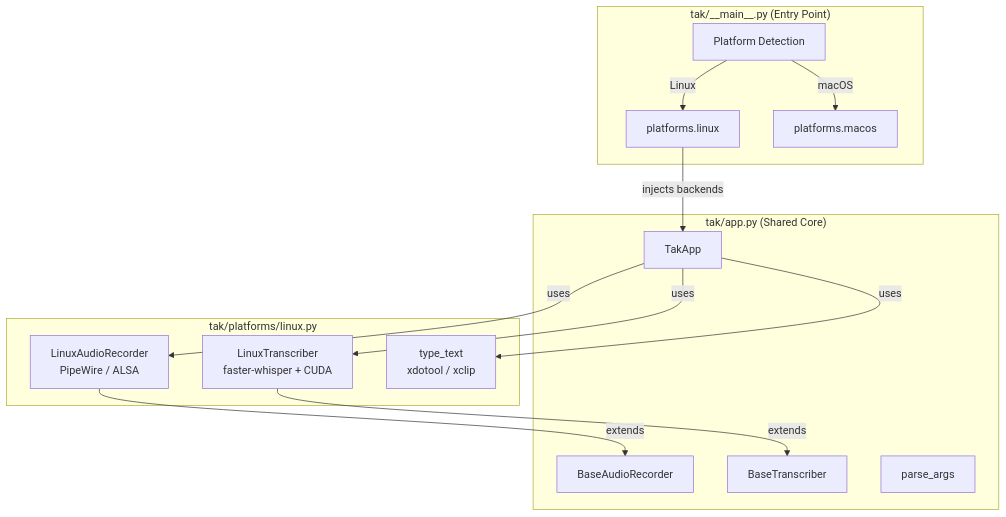
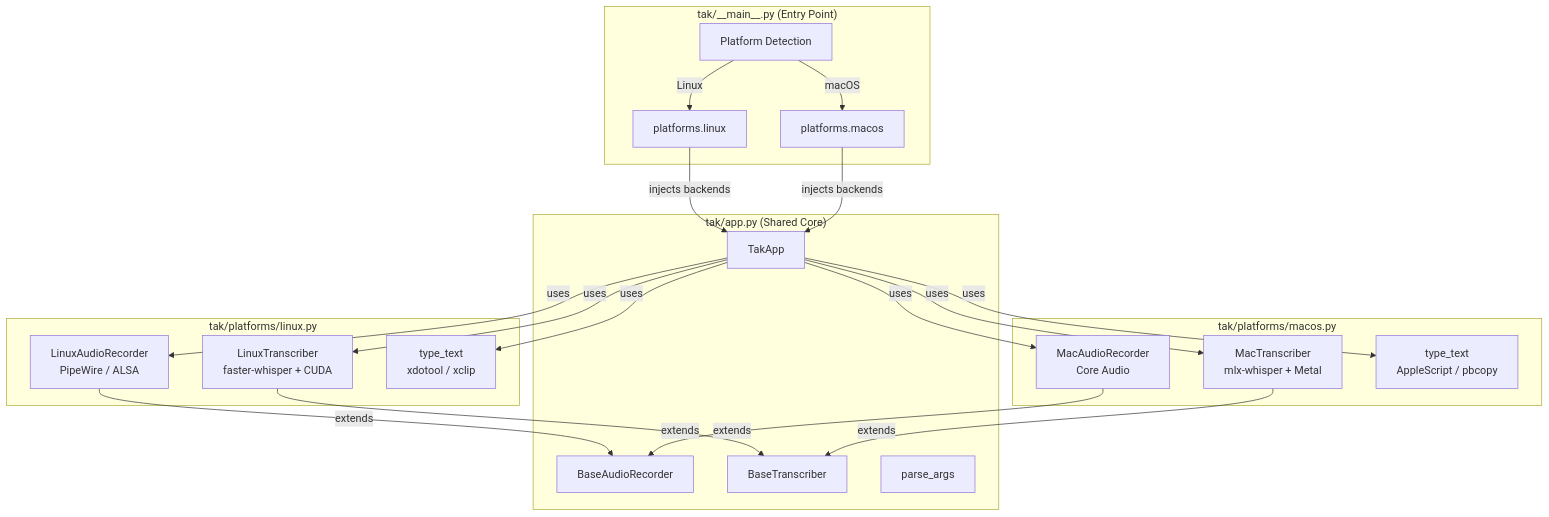
One commit to lchonkan/tak changed the diagram in README.md. Above: the diagram before and after it, drawn with Mermaid. The commit also changed other lines of this file and 9 other files, not shown here.

````diff
--- a/README.md
+++ b/README.md
@@ -150,27 +214,39 @@
 ```mermaid
 graph TD
     subgraph "tak/__main__.py (Entry Point)"
         EP[Platform Detection] --> |Linux| LINUX[platforms.linux]
         EP --> |macOS| MACOS[platforms.macos]
     end
 
     subgraph "tak/app.py (Shared Core)"
         APP[TakApp]
         BASE_REC[BaseAudioRecorder]
         BASE_TR[BaseTranscriber]
         PARSE[parse_args]
     end
 
     subgraph "tak/platforms/linux.py"
         LREC[LinuxAudioRecorder<br/>PipeWire / ALSA]
         LTR[LinuxTranscriber<br/>faster-whisper + CUDA]
         LTI[type_text<br/>xdotool / xclip]
     end
 
+    subgraph "tak/platforms/macos.py"
+        MREC[MacAudioRecorder<br/>Core Audio]
+        MTR[MacTranscriber<br/>mlx-whisper + Metal]
+        MTI[type_text<br/>AppleScript / pbcopy]
+    end
+
     LINUX --> |injects backends| APP
+    MACOS --> |injects backends| APP
     LREC --> |extends| BASE_REC
     LTR --> |extends| BASE_TR
+    MREC --> |extends| BASE_REC
+    MTR --> |extends| BASE_TR
     APP --> |uses| LREC
     APP --> |uses| LTR
     APP --> |uses| LTI
+    APP --> |uses| MREC
+    APP --> |uses| MTR
+    APP --> |uses| MTI
 ```
````
